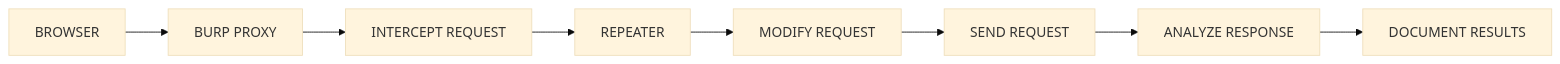
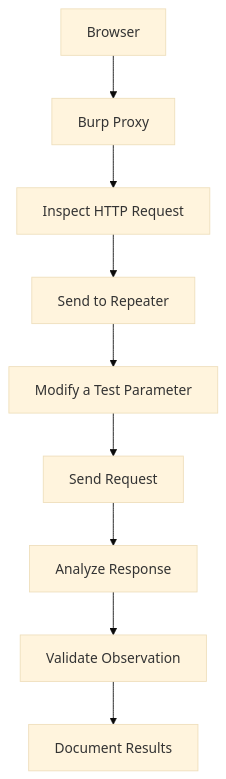
The third of 4 diagrams in README.md (GhostMaskR/Web-Application-Basics), drawn with Mermaid (base theme) before and after one commit. The commit also changed other lines of this file, not shown here.

````diff
--- a/README.md
+++ b/README.md
@@ -204,10 +460,11 @@
 ```mermaid
-flowchart LR
-A["BROWSER"] --> B["BURP PROXY"]
-B --> C["INTERCEPT REQUEST"]
-C --> D["REPEATER"]
-D --> E["MODIFY REQUEST"]
-E --> F["SEND REQUEST"]
-F --> G["ANALYZE RESPONSE"]
-G --> H["DOCUMENT RESULTS"]
+flowchart TD
+    A["Browser"] --> B["Burp Proxy"]
+    B --> C["Inspect HTTP Request"]
+    C --> D["Send to Repeater"]
+    D --> E["Modify a Test Parameter"]
+    E --> F["Send Request"]
+    F --> G["Analyze Response"]
+    G --> H["Validate Observation"]
+    H --> I["Document Results"]
 ```
````
